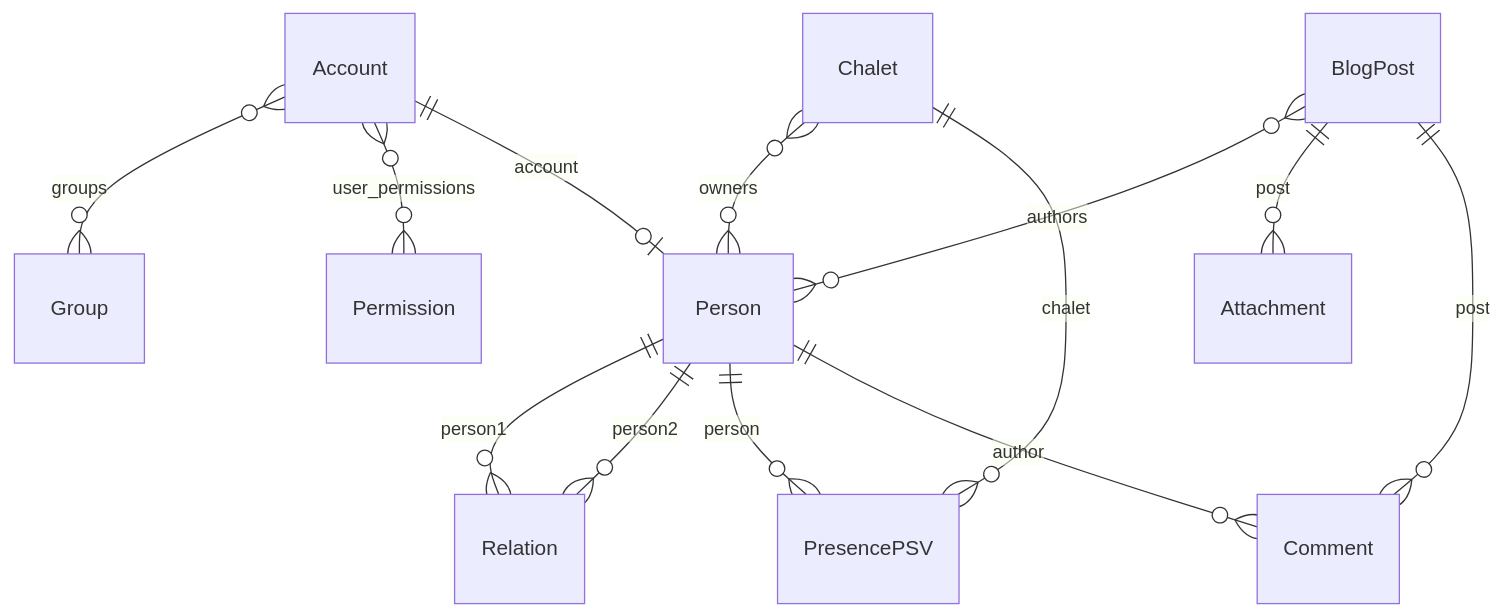
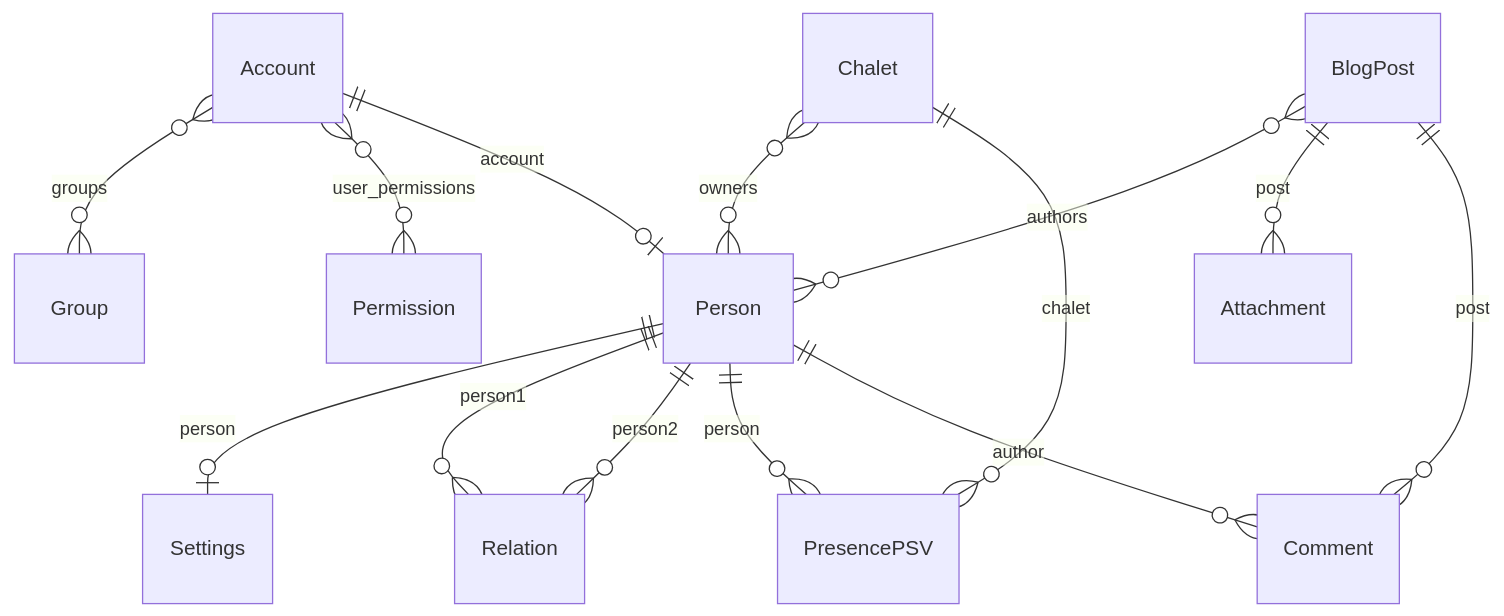
One commit to reboulip/famille-busson changed the diagram in docs/data_model.md. Above: the diagram before and after it, drawn with Mermaid. The commit also changed other lines of this file and 1 other file, not shown here.

````diff
--- a/docs/data_model.md
+++ b/docs/data_model.md
@@ -8,15 +8,16 @@
 ```mermaid
 erDiagram
     Account }o--o{ Group : "groups"
     Account }o--o{ Permission : "user_permissions"
     Account ||--o| Person : "account"
+    Person ||--o| Settings : "person"
     Person ||--o{ Relation : "person1"
     Person ||--o{ Relation : "person2"
     Chalet }o--o{ Person : "owners"
     Person ||--o{ PresencePSV : "person"
     Chalet ||--o{ PresencePSV : "chalet"
     BlogPost }o--o{ Person : "authors"
     BlogPost ||--o{ Attachment : "post"
     BlogPost ||--o{ Comment : "post"
     Person ||--o{ Comment : "author"
 ```
````
